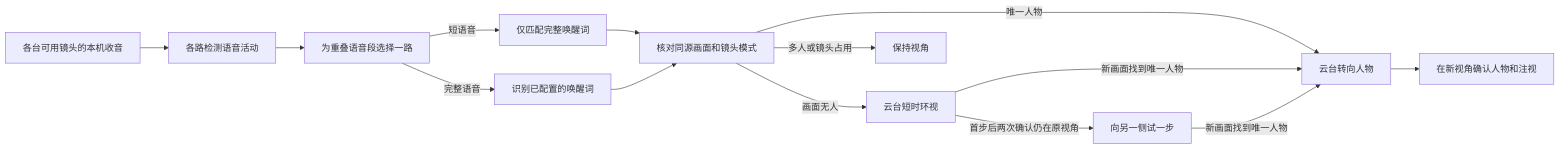
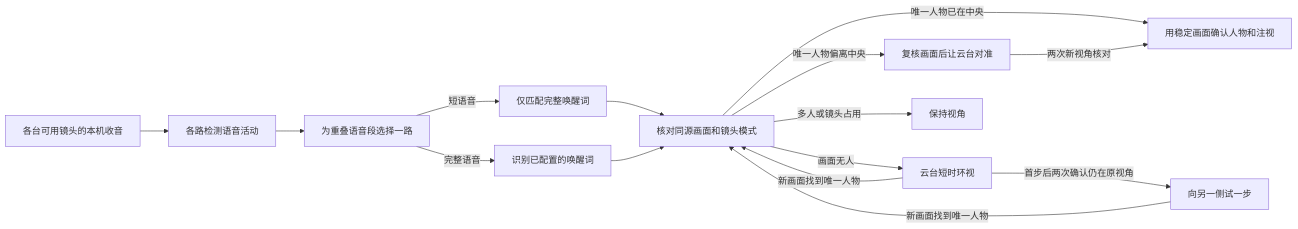
Before and after one commit to Geeprox/Friday: the seventh of 33 diagrams in docs/architecture.md, drawn with Mermaid. The commit also changed other lines of this file and 3 other files, not shown here.

````diff
--- a/docs/architecture.md
+++ b/docs/architecture.md
@@ -170,16 +172,17 @@
 ```mermaid
 flowchart LR
   A[各台可用镜头的本机收音] --> V[各路检测语音活动]
   V --> S[为重叠语音段选择一路]
   S -->|短语音| W[仅匹配完整唤醒词]
   S -->|完整语音| B[识别已配置的唤醒词]
   W --> C[核对同源画面和镜头模式]
   B --> C[核对同源画面和镜头模式]
-  C -->|唯一人物| D[云台转向人物]
+  C -->|唯一人物偏离中央| D[复核画面后让云台对准]
+  C -->|唯一人物已在中央| G[用稳定画面确认人物和注视]
   C -->|画面无人| E[云台短时环视]
   E -->|首步后两次确认仍在原视角| H[向另一侧试一步]
-  E -->|新画面找到唯一人物| D
-  H -->|新画面找到唯一人物| D
+  E -->|新画面找到唯一人物| C
+  H -->|新画面找到唯一人物| C
   C -->|多人或镜头占用| F[保持视角]
-  D --> G[在新视角确认人物和注视]
+  D -->|两次新视角核对| G
 ```
````
